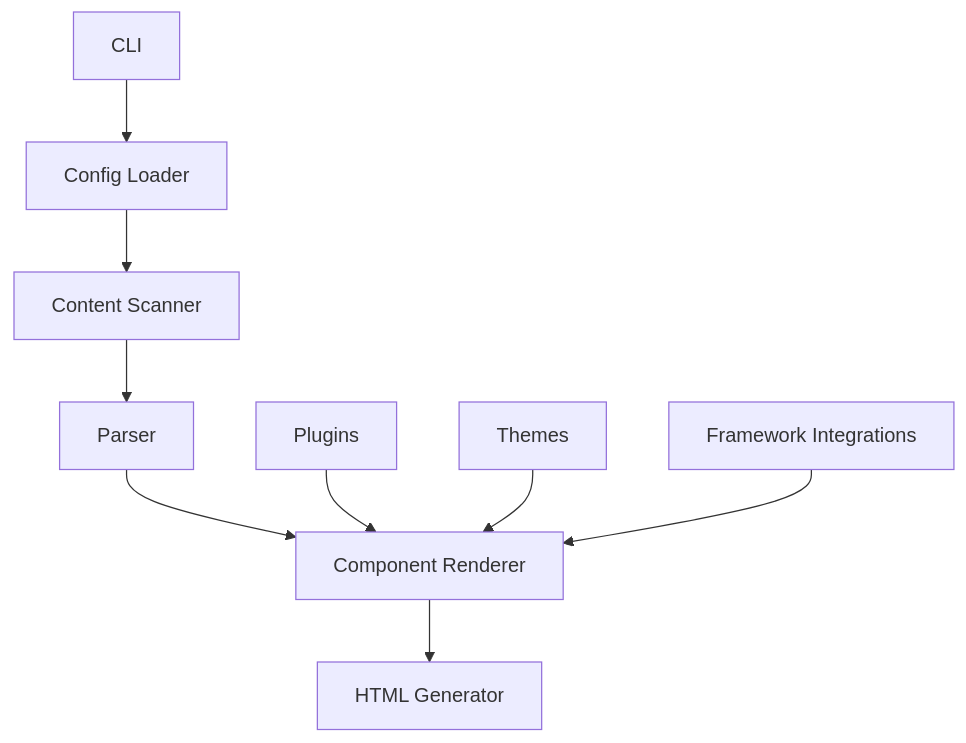
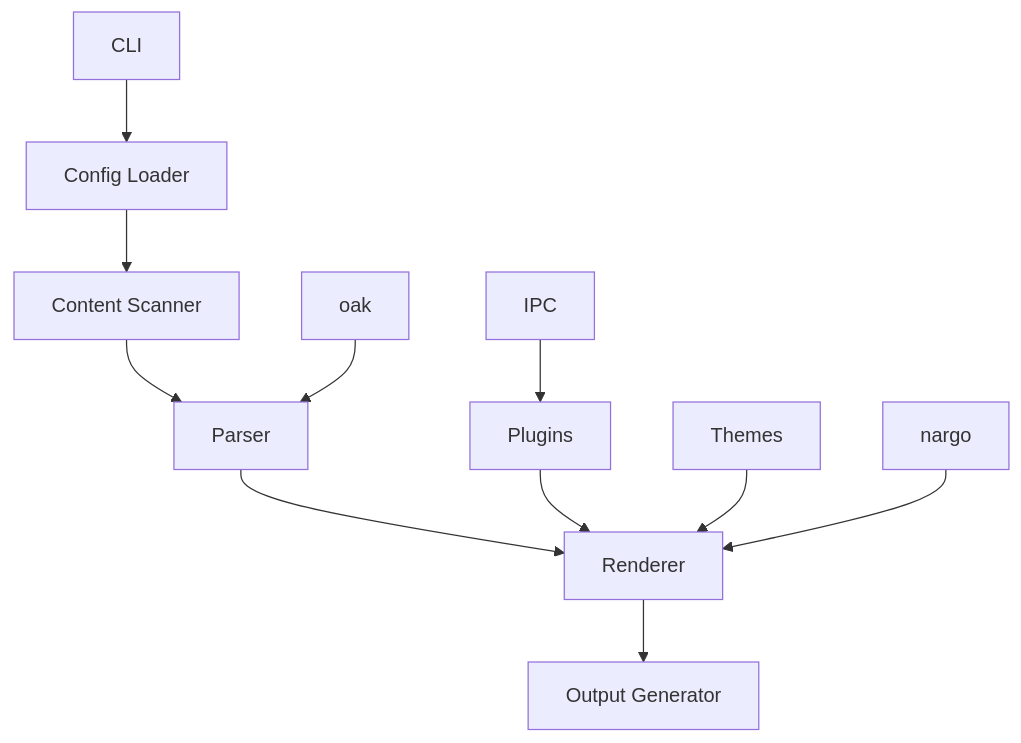
The diagram in compilers/astro/readme.md (doki-land/rusty-ssg), drawn with Mermaid before and after one commit. The commit also changed other lines of this file and 134 other files, not shown here.

````diff
--- a/compilers/astro/readme.md
+++ b/compilers/astro/readme.md
@@ -63,11 +66,13 @@
 ```mermaid
 flowchart TD
     A[CLI] --> B[Config Loader]
     B --> C[Content Scanner]
     C --> D[Parser]
-    D --> E[Component Renderer]
-    E --> F[HTML Generator]
+    D --> E[Renderer]
+    E --> F[Output Generator]
     G[Plugins] --> E
     H[Themes] --> E
-    I[Framework Integrations] --> E
+    I[nargo] --> E
+    J[oak] --> D
+    K[IPC] --> G
 ```
````
